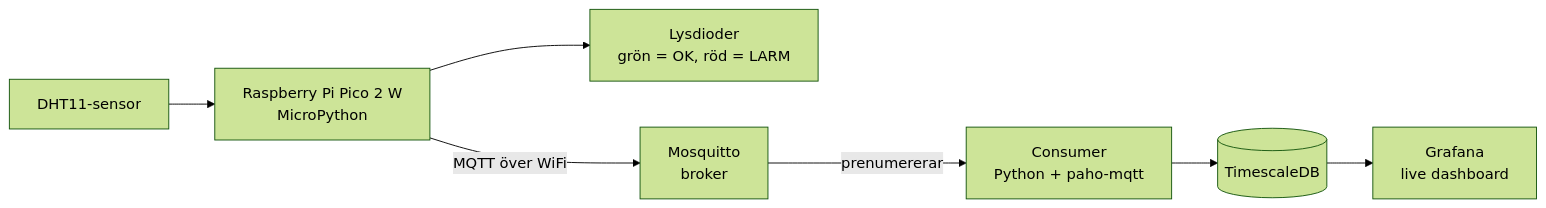
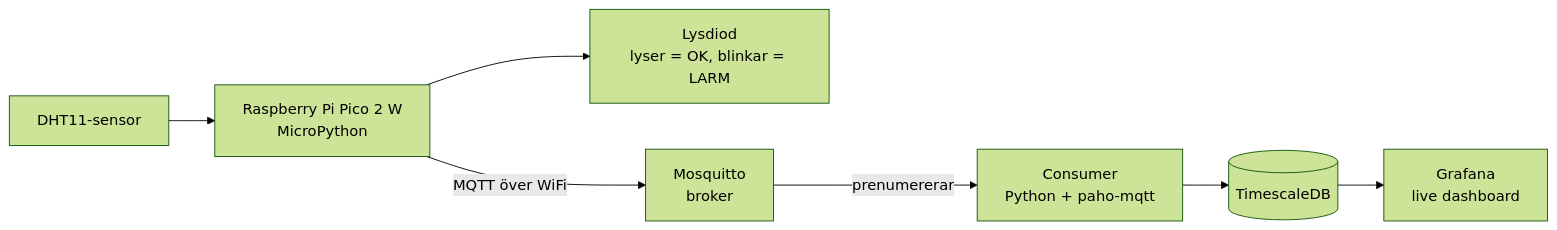
Before and after one commit to hencyber/pico-serverrum: the first of 2 diagrams in README.md, drawn with Mermaid (forest theme). The commit also changed other lines of this file and 5 other files, not shown here.

````diff
--- a/README.md
+++ b/README.md
@@ -42,9 +41,9 @@
 ```mermaid
 flowchart LR
     A[DHT11-sensor] --> B[Raspberry Pi Pico 2 W<br/>MicroPython]
-    B --> C[Lysdioder<br/>grön = OK, röd = LARM]
+    B --> C[Lysdiod<br/>lyser = OK, blinkar = LARM]
     B -->|MQTT över WiFi| D[Mosquitto<br/>broker]
     D -->|prenumererar| E[Consumer<br/>Python + paho-mqtt]
     E --> F[(TimescaleDB)]
     F --> G[Grafana<br/>live dashboard]
 ```
````
